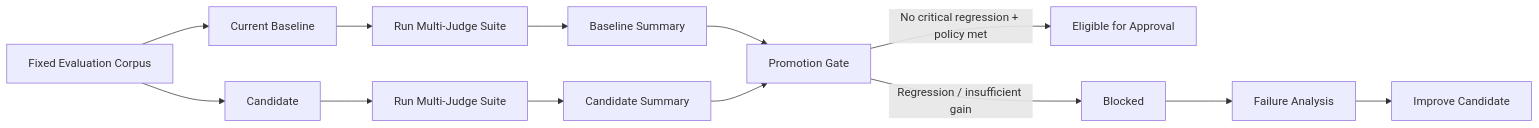
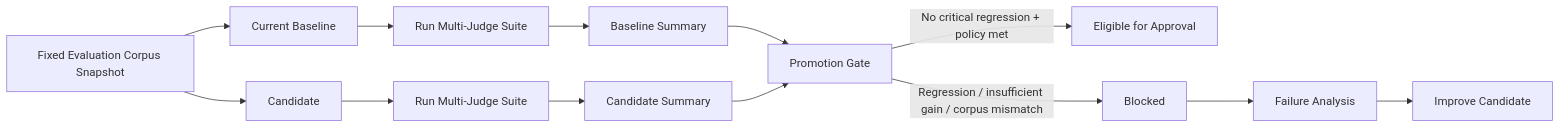
The fourth of 5 diagrams in docs/PROCESS_WORKFLOWS.md (lois4801/NEXUS-Starship-Guardians), drawn with Mermaid before and after one commit. The commit also changed other lines of this file, not shown here.

````diff
--- a/docs/PROCESS_WORKFLOWS.md
+++ b/docs/PROCESS_WORKFLOWS.md
@@ -46,15 +71,15 @@
 ```mermaid
 flowchart LR
-    A[Fixed Evaluation Corpus] --> B[Current Baseline]
+    A[Fixed Evaluation Corpus Snapshot] --> B[Current Baseline]
     A --> C[Candidate]
     B --> D[Run Multi-Judge Suite]
     C --> E[Run Multi-Judge Suite]
     D --> F[Baseline Summary]
     E --> G[Candidate Summary]
     F --> H[Promotion Gate]
     G --> H
     H -->|No critical regression + policy met| I[Eligible for Approval]
-    H -->|Regression / insufficient gain| J[Blocked]
+    H -->|Regression / insufficient gain / corpus mismatch| J[Blocked]
     J --> K[Failure Analysis]
     K --> L[Improve Candidate]
 ```
````
